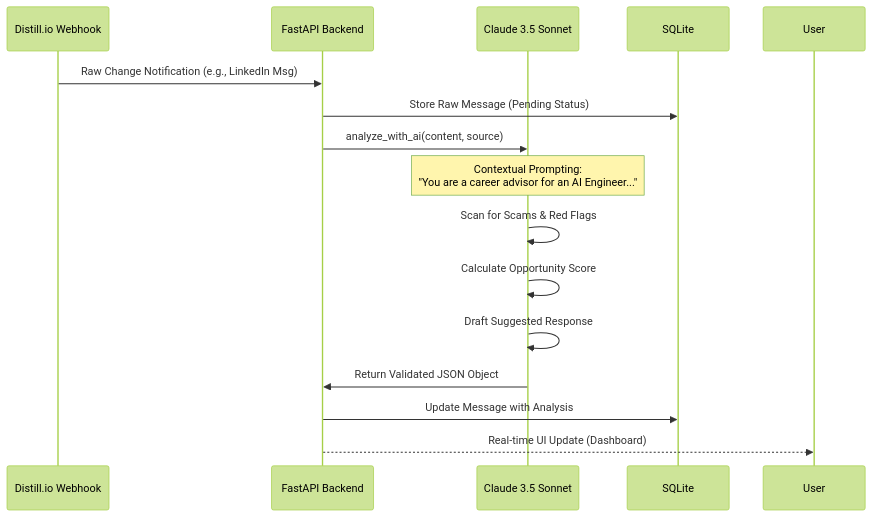
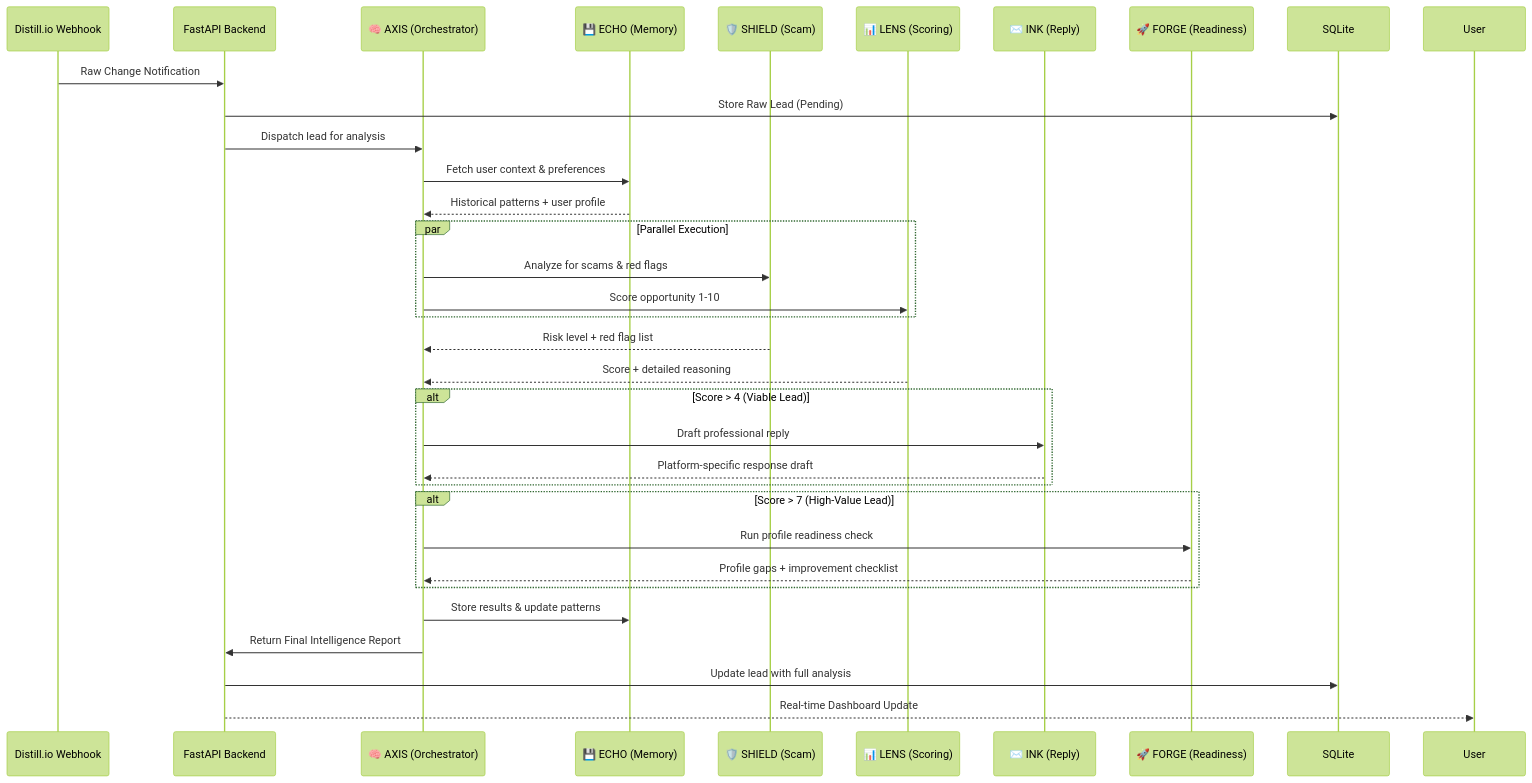
One commit to HoussemDs/OpportuNet changed the second of 2 diagrams in README.md. Above: the diagram before and after it, drawn with Mermaid (forest theme). The commit also changed other lines of this file, not shown here.

````diff
--- a/README.md
+++ b/README.md
@@ -70,18 +73,42 @@
 ```mermaid
 sequenceDiagram
-    participant Webhook as Distill.io Webhook
+    participant W as Distill.io Webhook
     participant API as FastAPI Backend
-    participant AI as Claude 3.5 Sonnet
+    participant AXIS as 🧠 AXIS (Orchestrator)
+    participant ECHO as 💾 ECHO (Memory)
+    participant SHIELD as 🛡️ SHIELD (Scam)
+    participant LENS as 📊 LENS (Scoring)
+    participant INK as ✉️ INK (Reply)
+    participant FORGE as 🚀 FORGE (Readiness)
     participant DB as SQLite
 
-    Webhook->>API: Raw Change Notification (e.g., LinkedIn Msg)
-    API->>DB: Store Raw Message (Pending Status)
-    API->>AI: analyze_with_ai(content, source)
-    Note over AI: Contextual Prompting:<br/>"You are a career advisor for an AI Engineer..."
-    AI->>AI: Scan for Scams & Red Flags
-    AI->>AI: Calculate Opportunity Score
-    AI->>AI: Draft Suggested Response
-    AI->>API: Return Validated JSON Object
-    API->>DB: Update Message with Analysis
-    API-->>User: Real-time UI Update (Dashboard)
+    W->>API: Raw Change Notification
+    API->>DB: Store Raw Lead (Pending)
+    API->>AXIS: Dispatch lead for analysis
+
+    AXIS->>ECHO: Fetch user context & preferences
+    ECHO-->>AXIS: Historical patterns + user profile
+
+    par Parallel Execution
+        AXIS->>SHIELD: Analyze for scams & red flags
+        AXIS->>LENS: Score opportunity 1-10
+    end
+
+    SHIELD-->>AXIS: Risk level + red flag list
+    LENS-->>AXIS: Score + detailed reasoning
+
+    alt Score > 4 (Viable Lead)
+        AXIS->>INK: Draft professional reply
+        INK-->>AXIS: Platform-specific response draft
+    end
+
+    alt Score > 7 (High-Value Lead)
+        AXIS->>FORGE: Run profile readiness check
+        FORGE-->>AXIS: Profile gaps + improvement checklist
+    end
+
+    AXIS->>ECHO: Store results & update patterns
+    AXIS->>API: Return Final Intelligence Report
+    API->>DB: Update lead with full analysis
+    API-->>User: Real-time Dashboard Update
 ```
````
